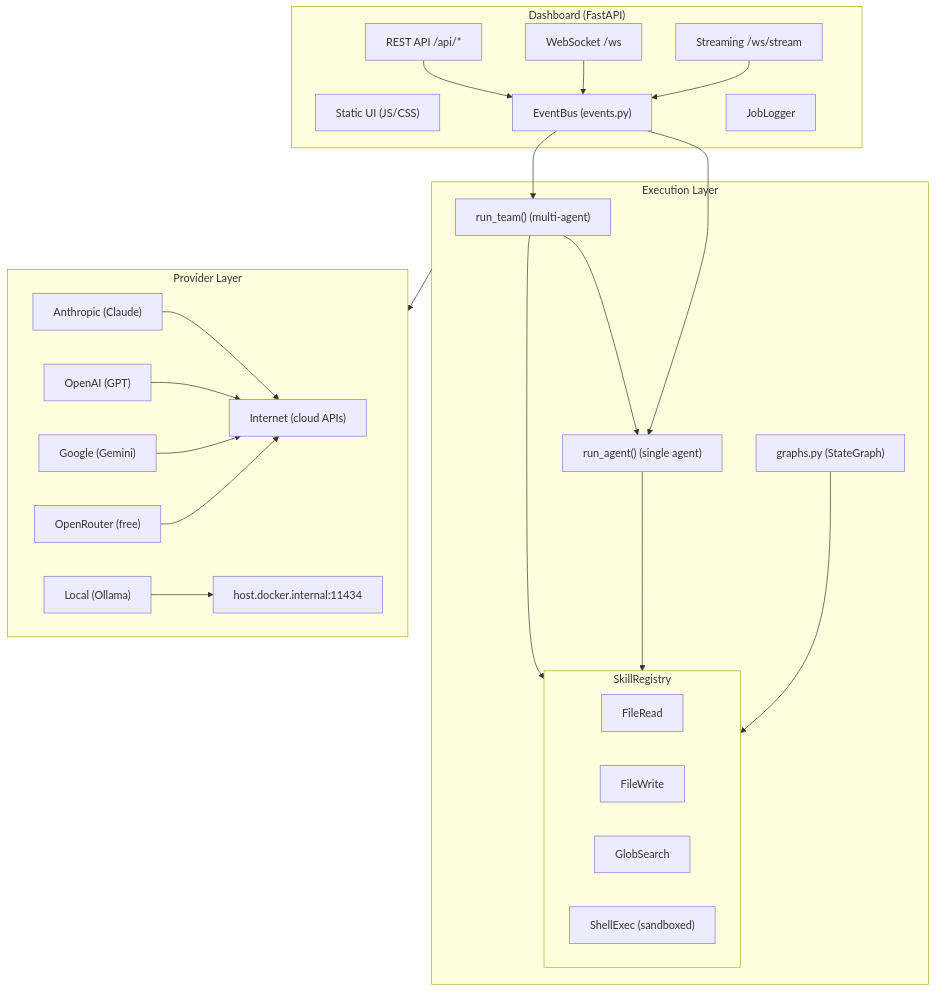
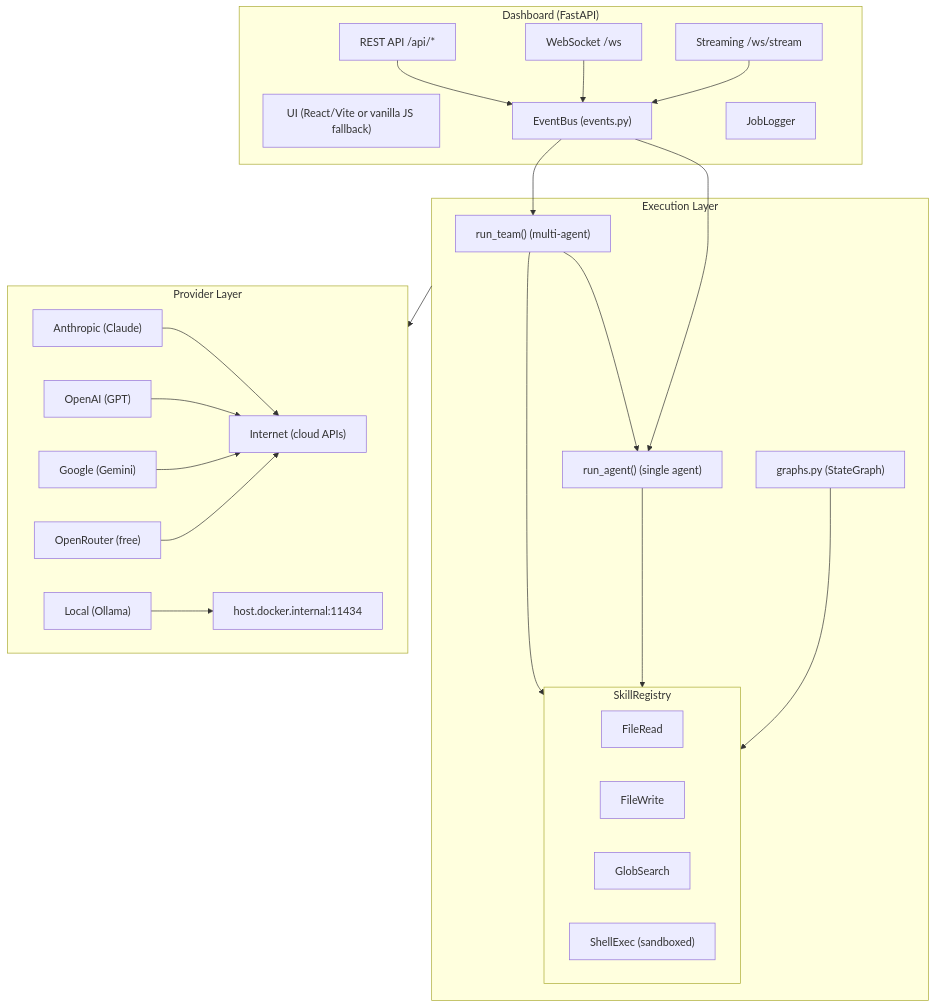
One commit to pjcau/agent-orchestrator changed the first of 5 diagrams in docs/components.md. Above: the diagram before and after it, drawn with Mermaid. The commit also changed 64 other files, not shown here.

First line of the commit message:
feat: hybrid architecture — React frontend + Rust core engine (PyO3)

````diff
--- a/docs/components.md
+++ b/docs/components.md
@@ -5,44 +5,44 @@
 ```mermaid
 graph TD
     subgraph Dashboard["Dashboard (FastAPI)"]
         REST["REST API /api/*"]
         WS["WebSocket /ws"]
         STREAM["Streaming /ws/stream"]
-        UI["Static UI (JS/CSS)"]
+        UI["UI (React/Vite or vanilla JS fallback)"]
         REST --> EB
         WS --> EB
         STREAM --> EB
         EB["EventBus (events.py)"]
         JL["JobLogger"]
     end
 
     subgraph Execution["Execution Layer"]
         RT["run_team() (multi-agent)"]
         RA["run_agent() (single agent)"]
         GR["graphs.py (StateGraph)"]
         RT --> RA
         RT --> SR
         RA --> SR
         GR --> SR
         subgraph SR["SkillRegistry"]
             FR["FileRead"]
             FW["FileWrite"]
             GS["GlobSearch"]
             SE["ShellExec (sandboxed)"]
         end
     end
 
     subgraph Providers["Provider Layer"]
         AN["Anthropic (Claude)"]
         OA["OpenAI (GPT)"]
         GO["Google (Gemini)"]
         OR["OpenRouter (free)"]
         LO["Local (Ollama)"]
         AN & OA & GO & OR --> INT["Internet (cloud APIs)"]
         LO --> LOC["host.docker.internal:11434"]
     end
 
     EB --> RT
     EB --> RA
     Execution --> Providers
 ```
````
